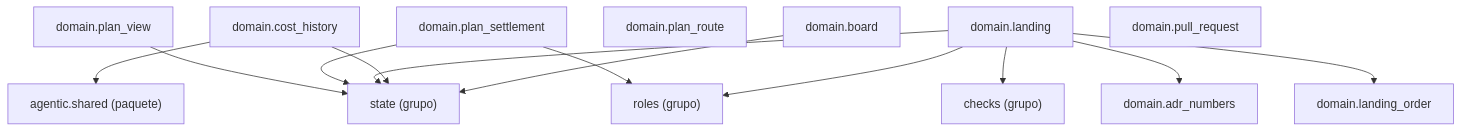
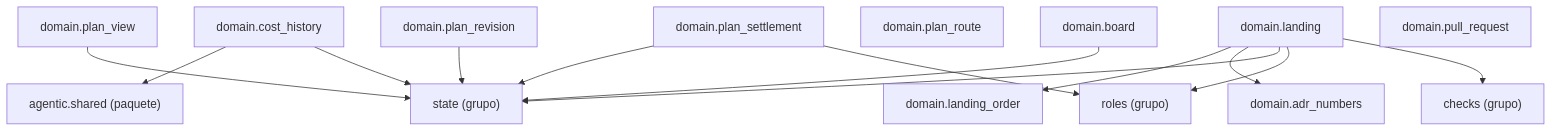
One commit to GonzaloZevallos/agentic-system changed the diagram in docs/architecture/generated/packages-process-domain-landing.md. Above: the diagram before and after it, drawn with Mermaid. The commit also changed 9 other files, not shown here.

First line of the commit message:
Add the pure plan revision, the post-promotion plan route and the revision-mode plan check

````diff
--- a/docs/architecture/generated/packages-process-domain-landing.md
+++ b/docs/architecture/generated/packages-process-domain-landing.md
@@ -11,27 +11,29 @@
 ```mermaid
 graph TD
     g_domain__checks["checks (grupo)"]
     g_domain__roles["roles (grupo)"]
     g_domain__state["state (grupo)"]
     g_pkg__agentic__shared["agentic.shared (paquete)"]
     m_domain__adr_numbers["domain.adr_numbers"]
     m_domain__board["domain.board"]
     m_domain__cost_history["domain.cost_history"]
     m_domain__landing["domain.landing"]
     m_domain__landing_order["domain.landing_order"]
+    m_domain__plan_revision["domain.plan_revision"]
     m_domain__plan_route["domain.plan_route"]
     m_domain__plan_settlement["domain.plan_settlement"]
     m_domain__plan_view["domain.plan_view"]
     m_domain__pull_request["domain.pull_request"]
     m_domain__board --> g_domain__state
     m_domain__cost_history --> g_domain__state
     m_domain__cost_history --> g_pkg__agentic__shared
     m_domain__landing --> g_domain__checks
     m_domain__landing --> g_domain__roles
     m_domain__landing --> g_domain__state
     m_domain__landing --> m_domain__adr_numbers
     m_domain__landing --> m_domain__landing_order
+    m_domain__plan_revision --> g_domain__state
     m_domain__plan_settlement --> g_domain__roles
     m_domain__plan_settlement --> g_domain__state
     m_domain__plan_view --> g_domain__state
 ```
````
